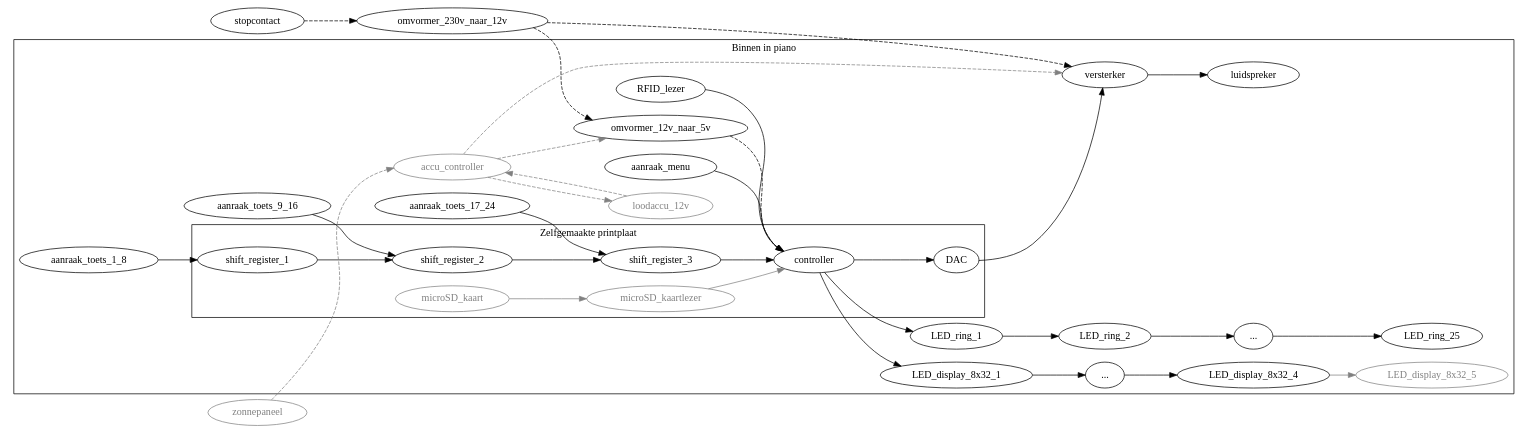
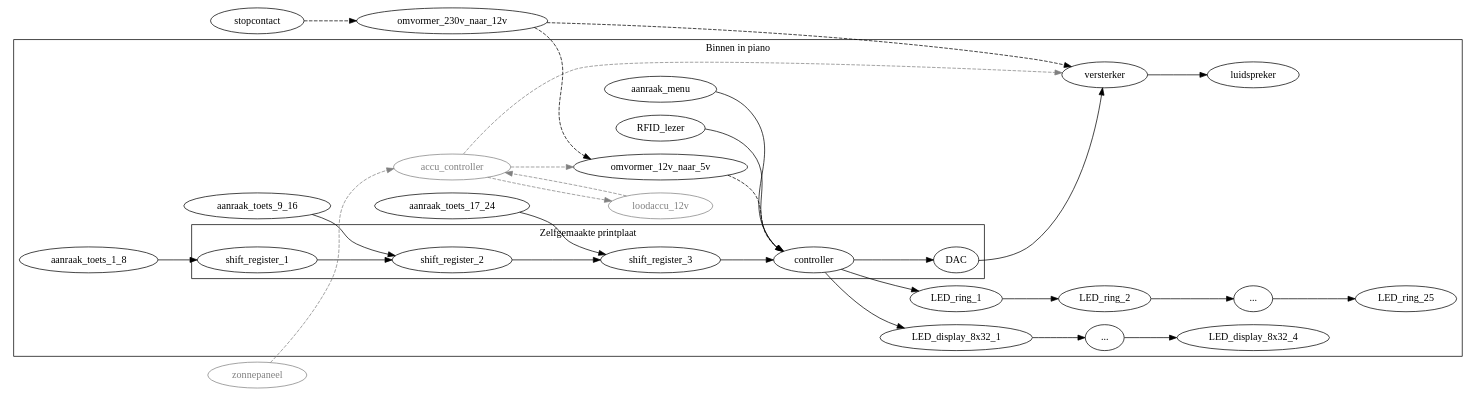
The diagram in Overzicht elektrisch schema.gv (woutput/regenboogpiano), drawn with Graphviz before and after one commit. The commit also changed 1 other file, not shown here.

Commit message:
microSD kaartlezer verwijderd; shift-registers in keten; 5e display verwijderd

```diff
--- a/Overzicht elektrisch schema.gv
+++ b/Overzicht elektrisch schema.gv
@@ -1,65 +1,60 @@
 digraph
 {
 	rankdir = LR
 
-	subgraph cluster_piano {
+	subgraph cluster_piano
+	{
 		label = "Binnen in piano"
 
-	subgraph cluster_pcb {
-		label = "Zelfgemaakte printplaat"
-		shift_register_1
-		shift_register_2
-		shift_register_3
-		controller
-		microSD_kaartlezer [color = grey; fontcolor = grey]
-		microSD_kaart [color = grey; fontcolor = grey]
-		DAC
-	}
+		subgraph cluster_pcb
+		{
+			label = "Zelfgemaakte printplaat"
+			shift_register_1
+			shift_register_2
+			shift_register_3
+			controller
+			DAC
+		}
 
-	aanraak_toets_1_8 -> shift_register_1
-	aanraak_toets_9_16 -> shift_register_2
-	aanraak_toets_17_24 -> shift_register_3
+		aanraak_toets_1_8 -> shift_register_1
+		aanraak_toets_9_16 -> shift_register_2
+		aanraak_toets_17_24 -> shift_register_3
 
-	aanraak_menu -> controller
+		aanraak_menu -> controller
 
-	shift_register_1 -> shift_register_2
-	shift_register_2 -> shift_register_3
-	shift_register_3 -> controller
+		shift_register_1 -> shift_register_2
+		shift_register_2 -> shift_register_3
+		shift_register_3 -> controller
 
-	RFID_lezer -> controller
+		RFID_lezer -> controller
 
-	controller -> LED_display_8x32_1
-	LED_display_8x32_2 [label = "..."]
-	LED_display_8x32_1 -> LED_display_8x32_2
-	LED_display_8x32_2 -> LED_display_8x32_4
-	LED_display_8x32_5 [color = grey; fontcolor = grey]
-	LED_display_8x32_4 -> LED_display_8x32_5 [color = grey]
+		controller -> LED_display_8x32_1
+		LED_display_8x32_2 [label = "..."]
+		LED_display_8x32_1 -> LED_display_8x32_2
+		LED_display_8x32_2 -> LED_display_8x32_4
 
-	controller -> LED_ring_1
-	LED_ring_1 -> LED_ring_2
-	LED_ring_2 -> LED_ring_3
-	LED_ring_3 [label = "..."]
-	LED_ring_3 -> LED_ring_25
+		controller -> LED_ring_1
+		LED_ring_1 -> LED_ring_2
+		LED_ring_2 -> LED_ring_3
+		LED_ring_3 [label = "..."]
+		LED_ring_3 -> LED_ring_25
 
-	controller -> DAC
-	DAC -> versterker
-	versterker -> luidspreker
+		controller -> DAC
+		DAC -> versterker
+		versterker -> luidspreker
 
-	accu_controller [color = grey; fontcolor = grey]
-	loodaccu_12v [color = grey; fontcolor = grey]
+		accu_controller [color = grey; fontcolor = grey]
+		loodaccu_12v [color = grey; fontcolor = grey]
 
-	accu_controller -> loodaccu_12v [style = dashed; color = grey]
-	loodaccu_12v -> accu_controller [style = dashed; color = grey]
-	accu_controller -> omvormer_12v_naar_5v [style = dashed; color = grey]
-	accu_controller -> versterker [style = dashed; color = grey]
-	omvormer_12v_naar_5v -> controller [style = dashed]
-
-	microSD_kaartlezer -> controller [color = grey]
-	microSD_kaart -> microSD_kaartlezer [color = grey]
+		accu_controller -> loodaccu_12v [style = dashed; color = grey]
+		loodaccu_12v -> accu_controller [style = dashed; color = grey]
+		accu_controller -> omvormer_12v_naar_5v [style = dashed; color = grey]
+		accu_controller -> versterker [style = dashed; color = grey]
+		omvormer_12v_naar_5v -> controller [style = dashed]
 	}
 	omvormer_230v_naar_12v -> omvormer_12v_naar_5v [style = dashed]
 	omvormer_230v_naar_12v -> versterker [style = dashed]
 	stopcontact -> omvormer_230v_naar_12v [style = dashed]
 	zonnepaneel [color = grey; fontcolor = grey]
 	zonnepaneel -> accu_controller [style = dashed; color = grey]
 }
```
